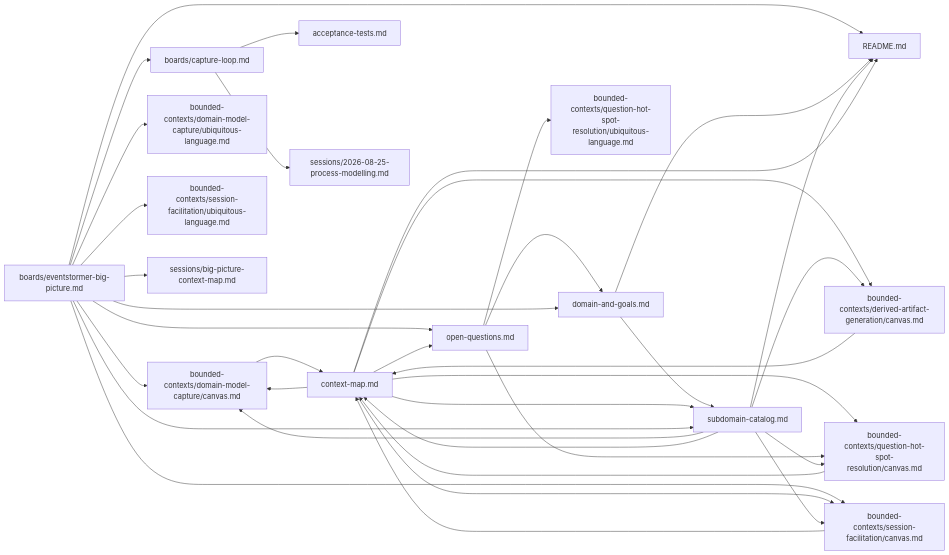
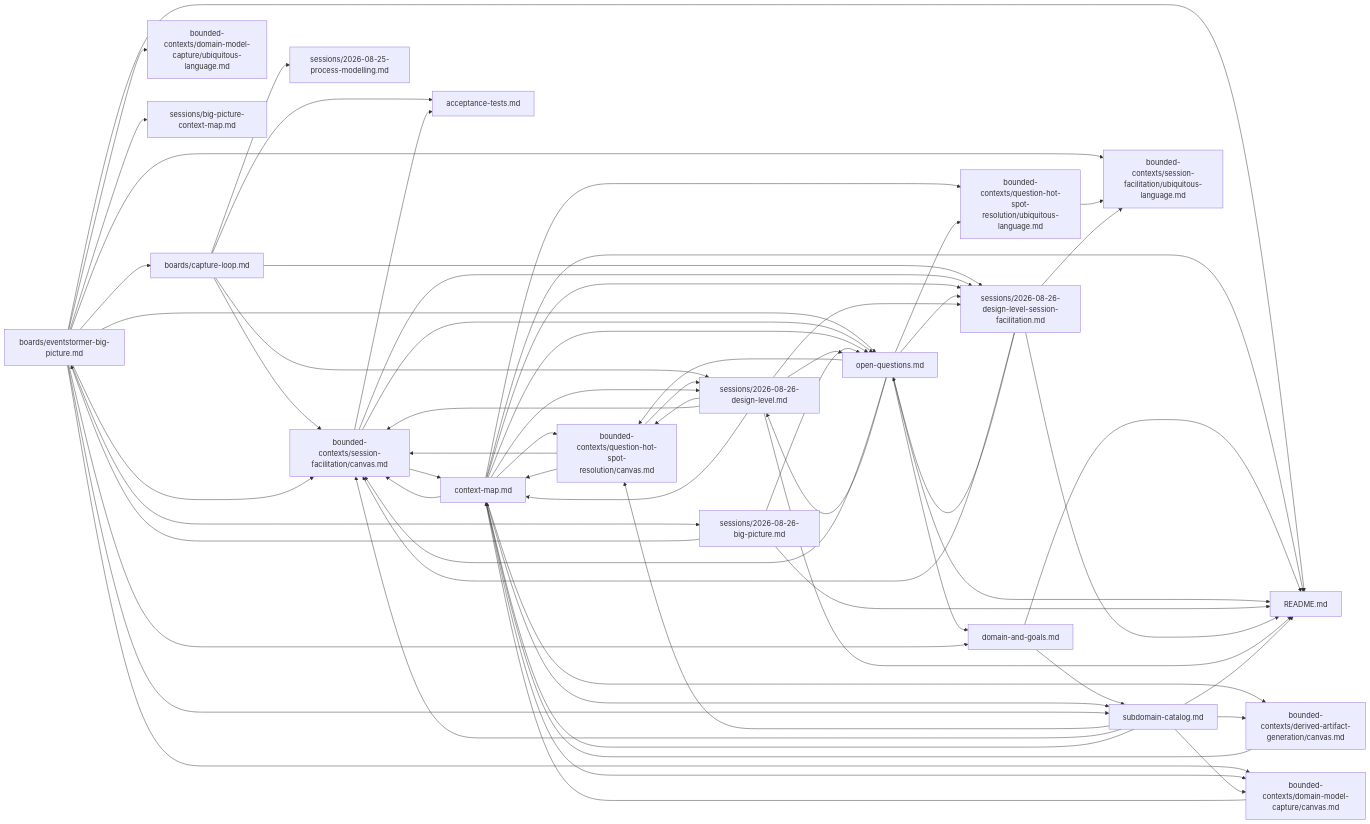
Before and after one commit to vinialbano/eventstormer: the diagram in docs/domain/README.md, drawn with Mermaid. The commit also changed other lines of this file and 16 other files, not shown here.

First line of the commit message:
docs: Design-Level EventStorming on Question & Hot Spot Resolution, seam-collapse, and Big Picture resume  (#6)

````diff
--- a/docs/domain/README.md
+++ b/docs/domain/README.md
@@ -133,37 +199,67 @@
 ```mermaid
 graph LR
   boards_eventstormer_big_picture_md["boards/eventstormer-big-picture.md"] --> README_md["README.md"]
+  context_map_md["context-map.md"] --> README_md["README.md"]
   domain_and_goals_md["domain-and-goals.md"] --> README_md["README.md"]
+  open_questions_md["open-questions.md"] --> README_md["README.md"]
+  sessions_2026_08_26_big_picture_md["sessions/2026-08-26-big-picture.md"] --> README_md["README.md"]
+  sessions_2026_08_26_design_level_session_facilitation_md["sessions/2026-08-26-design-level-session-facilitation.md"] --> README_md["README.md"]
+  sessions_2026_08_26_design_level_md["sessions/2026-08-26-design-level.md"] --> README_md["README.md"]
   subdomain_catalog_md["subdomain-catalog.md"] --> README_md["README.md"]
-  context_map_md["context-map.md"] --> README_md["README.md"]
   boards_capture_loop_md["boards/capture-loop.md"] --> acceptance_tests_md["acceptance-tests.md"]
+  bounded_contexts_session_facilitation_canvas_md["bounded-contexts/session-facilitation/canvas.md"] --> acceptance_tests_md["acceptance-tests.md"]
   boards_eventstormer_big_picture_md["boards/eventstormer-big-picture.md"] --> boards_capture_loop_md["boards/capture-loop.md"]
+  sessions_2026_08_26_big_picture_md["sessions/2026-08-26-big-picture.md"] --> boards_eventstormer_big_picture_md["boards/eventstormer-big-picture.md"]
   context_map_md["context-map.md"] --> bounded_contexts_derived_artifact_generation_canvas_md["bounded-contexts/derived-artifact-generation/canvas.md"]
   subdomain_catalog_md["subdomain-catalog.md"] --> bounded_contexts_derived_artifact_generation_canvas_md["bounded-contexts/derived-artifact-generation/canvas.md"]
   boards_eventstormer_big_picture_md["boards/eventstormer-big-picture.md"] --> bounded_contexts_domain_model_capture_canvas_md["bounded-contexts/domain-model-capture/canvas.md"]
   context_map_md["context-map.md"] --> bounded_contexts_domain_model_capture_canvas_md["bounded-contexts/domain-model-capture/canvas.md"]
   subdomain_catalog_md["subdomain-catalog.md"] --> bounded_contexts_domain_model_capture_canvas_md["bounded-contexts/domain-model-capture/canvas.md"]
   boards_eventstormer_big_picture_md["boards/eventstormer-big-picture.md"] --> bounded_contexts_domain_model_capture_ubiquitous_language_md["bounded-contexts/domain-model-capture/ubiquitous-language.md"]
   context_map_md["context-map.md"] --> bounded_contexts_question_hot_spot_resolution_canvas_md["bounded-contexts/question-hot-spot-resolution/canvas.md"]
   open_questions_md["open-questions.md"] --> bounded_contexts_question_hot_spot_resolution_canvas_md["bounded-contexts/question-hot-spot-resolution/canvas.md"]
+  sessions_2026_08_26_design_level_md["sessions/2026-08-26-design-level.md"] --> bounded_contexts_question_hot_spot_resolution_canvas_md["bounded-contexts/question-hot-spot-resolution/canvas.md"]
   subdomain_catalog_md["subdomain-catalog.md"] --> bounded_contexts_question_hot_spot_resolution_canvas_md["bounded-contexts/question-hot-spot-resolution/canvas.md"]
+  context_map_md["context-map.md"] --> bounded_contexts_question_hot_spot_resolution_ubiquitous_language_md["bounded-contexts/question-hot-spot-resolution/ubiquitous-language.md"]
   open_questions_md["open-questions.md"] --> bounded_contexts_question_hot_spot_resolution_ubiquitous_language_md["bounded-contexts/question-hot-spot-resolution/ubiquitous-language.md"]
+  boards_capture_loop_md["boards/capture-loop.md"] --> bounded_contexts_session_facilitation_canvas_md["bounded-contexts/session-facilitation/canvas.md"]
   boards_eventstormer_big_picture_md["boards/eventstormer-big-picture.md"] --> bounded_contexts_session_facilitation_canvas_md["bounded-contexts/session-facilitation/canvas.md"]
+  bounded_contexts_question_hot_spot_resolution_canvas_md["bounded-contexts/question-hot-spot-resolution/canvas.md"] --> bounded_contexts_session_facilitation_canvas_md["bounded-contexts/session-facilitation/canvas.md"]
   context_map_md["context-map.md"] --> bounded_contexts_session_facilitation_canvas_md["bounded-contexts/session-facilitation/canvas.md"]
+  open_questions_md["open-questions.md"] --> bounded_contexts_session_facilitation_canvas_md["bounded-contexts/session-facilitation/canvas.md"]
+  sessions_2026_08_26_design_level_session_facilitation_md["sessions/2026-08-26-design-level-session-facilitation.md"] --> bounded_contexts_session_facilitation_canvas_md["bounded-contexts/session-facilitation/canvas.md"]
+  sessions_2026_08_26_design_level_md["sessions/2026-08-26-design-level.md"] --> bounded_contexts_session_facilitation_canvas_md["bounded-contexts/session-facilitation/canvas.md"]
   subdomain_catalog_md["subdomain-catalog.md"] --> bounded_contexts_session_facilitation_canvas_md["bounded-contexts/session-facilitation/canvas.md"]
   boards_eventstormer_big_picture_md["boards/eventstormer-big-picture.md"] --> bounded_contexts_session_facilitation_ubiquitous_language_md["bounded-contexts/session-facilitation/ubiquitous-language.md"]
-  subdomain_catalog_md["subdomain-catalog.md"] --> context_map_md["context-map.md"]
-  bounded_contexts_session_facilitation_canvas_md["bounded-contexts/session-facilitation/canvas.md"] --> context_map_md["context-map.md"]
+  bounded_contexts_question_hot_spot_resolution_ubiquitous_language_md["bounded-contexts/question-hot-spot-resolution/ubiquitous-language.md"] --> bounded_contexts_session_facilitation_ubiquitous_language_md["bounded-contexts/session-facilitation/ubiquitous-language.md"]
+  sessions_2026_08_26_design_level_session_facilitation_md["sessions/2026-08-26-design-level-session-facilitation.md"] --> bounded_contexts_session_facilitation_ubiquitous_language_md["bounded-contexts/session-facilitation/ubiquitous-language.md"]
+  bounded_contexts_derived_artifact_generation_canvas_md["bounded-contexts/derived-artifact-generation/canvas.md"] --> context_map_md["context-map.md"]
   bounded_contexts_domain_model_capture_canvas_md["bounded-contexts/domain-model-capture/canvas.md"] --> context_map_md["context-map.md"]
   bounded_contexts_question_hot_spot_resolution_canvas_md["bounded-contexts/question-hot-spot-resolution/canvas.md"] --> context_map_md["context-map.md"]
-  bounded_contexts_derived_artifact_generation_canvas_md["bounded-contexts/derived-artifact-generation/canvas.md"] --> context_map_md["context-map.md"]
+  bounded_contexts_session_facilitation_canvas_md["bounded-contexts/session-facilitation/canvas.md"] --> context_map_md["context-map.md"]
+  sessions_2026_08_26_design_level_md["sessions/2026-08-26-design-level.md"] --> context_map_md["context-map.md"]
+  subdomain_catalog_md["subdomain-catalog.md"] --> context_map_md["context-map.md"]
   open_questions_md["open-questions.md"] --> domain_and_goals_md["domain-and-goals.md"]
   boards_eventstormer_big_picture_md["boards/eventstormer-big-picture.md"] --> domain_and_goals_md["domain-and-goals.md"]
   boards_eventstormer_big_picture_md["boards/eventstormer-big-picture.md"] --> open_questions_md["open-questions.md"]
+  bounded_contexts_session_facilitation_canvas_md["bounded-contexts/session-facilitation/canvas.md"] --> open_questions_md["open-questions.md"]
   context_map_md["context-map.md"] --> open_questions_md["open-questions.md"]
+  sessions_2026_08_26_big_picture_md["sessions/2026-08-26-big-picture.md"] --> open_questions_md["open-questions.md"]
+  sessions_2026_08_26_design_level_session_facilitation_md["sessions/2026-08-26-design-level-session-facilitation.md"] --> open_questions_md["open-questions.md"]
+  sessions_2026_08_26_design_level_md["sessions/2026-08-26-design-level.md"] --> open_questions_md["open-questions.md"]
   boards_capture_loop_md["boards/capture-loop.md"] --> sessions_2026_08_25_process_modelling_md["sessions/2026-08-25-process-modelling.md"]
+  boards_eventstormer_big_picture_md["boards/eventstormer-big-picture.md"] --> sessions_2026_08_26_big_picture_md["sessions/2026-08-26-big-picture.md"]
+  boards_capture_loop_md["boards/capture-loop.md"] --> sessions_2026_08_26_design_level_session_facilitation_md["sessions/2026-08-26-design-level-session-facilitation.md"]
+  bounded_contexts_session_facilitation_canvas_md["bounded-contexts/session-facilitation/canvas.md"] --> sessions_2026_08_26_design_level_session_facilitation_md["sessions/2026-08-26-design-level-session-facilitation.md"]
+  context_map_md["context-map.md"] --> sessions_2026_08_26_design_level_session_facilitation_md["sessions/2026-08-26-design-level-session-facilitation.md"]
+  open_questions_md["open-questions.md"] --> sessions_2026_08_26_design_level_session_facilitation_md["sessions/2026-08-26-design-level-session-facilitation.md"]
+  sessions_2026_08_26_design_level_md["sessions/2026-08-26-design-level.md"] --> sessions_2026_08_26_design_level_session_facilitation_md["sessions/2026-08-26-design-level-session-facilitation.md"]
+  boards_capture_loop_md["boards/capture-loop.md"] --> sessions_2026_08_26_design_level_md["sessions/2026-08-26-design-level.md"]
+  bounded_contexts_question_hot_spot_resolution_canvas_md["bounded-contexts/question-hot-spot-resolution/canvas.md"] --> sessions_2026_08_26_design_level_md["sessions/2026-08-26-design-level.md"]
+  context_map_md["context-map.md"] --> sessions_2026_08_26_design_level_md["sessions/2026-08-26-design-level.md"]
+  open_questions_md["open-questions.md"] --> sessions_2026_08_26_design_level_md["sessions/2026-08-26-design-level.md"]
   boards_eventstormer_big_picture_md["boards/eventstormer-big-picture.md"] --> sessions_big_picture_context_map_md["sessions/big-picture-context-map.md"]
   domain_and_goals_md["domain-and-goals.md"] --> subdomain_catalog_md["subdomain-catalog.md"]
   context_map_md["context-map.md"] --> subdomain_catalog_md["subdomain-catalog.md"]
   boards_eventstormer_big_picture_md["boards/eventstormer-big-picture.md"] --> subdomain_catalog_md["subdomain-catalog.md"]
 ```
````
